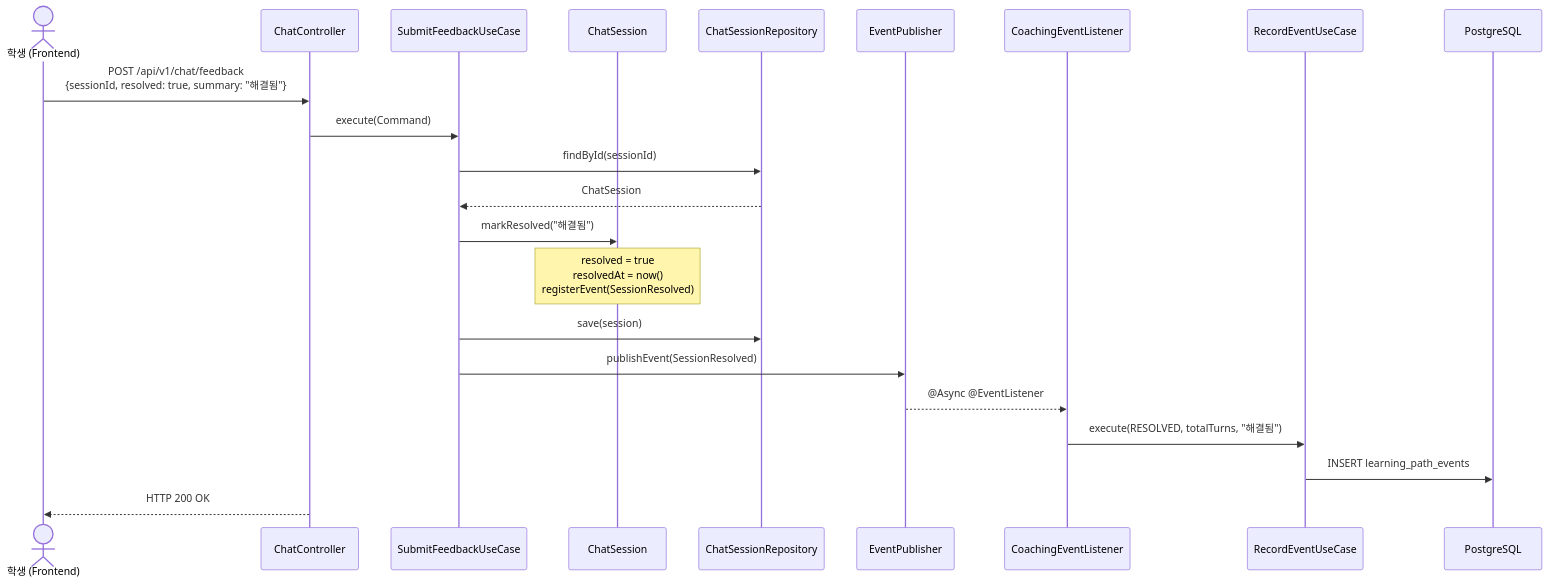
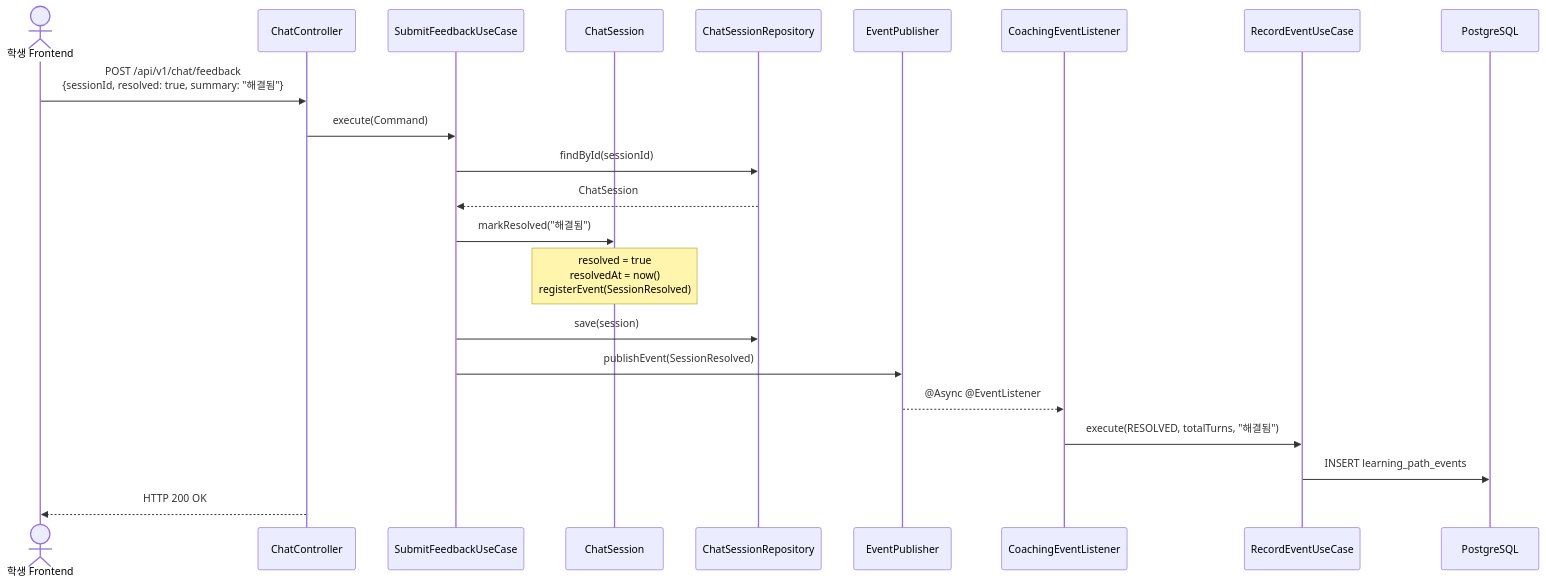
The fourth of 8 diagrams in docs/sequence-diagrams.md (kimuragen23/nadoCEO_BE), drawn with Mermaid before and after one commit. The commit also changed other lines of this file, not shown here.

First line of the commit message:
fix: Mermaid 시퀀스 다이어그램 렌더링 오류 수정

````diff
--- a/docs/sequence-diagrams.md
+++ b/docs/sequence-diagrams.md
@@ -159,30 +159,30 @@
 ```mermaid
 sequenceDiagram
-    actor Student as 학생 (Frontend)
+    actor Student as 학생 Frontend
     participant Controller as ChatController
     participant UseCase as SubmitFeedbackUseCase
     participant Session as ChatSession
     participant Repo as ChatSessionRepository
     participant Publisher as EventPublisher
     participant Listener as CoachingEventListener
     participant Record as RecordEventUseCase
     participant DB as PostgreSQL
 
     Student->>Controller: POST /api/v1/chat/feedback<br/>{sessionId, resolved: true, summary: "해결됨"}
     Controller->>UseCase: execute(Command)
 
     UseCase->>Repo: findById(sessionId)
     Repo-->>UseCase: ChatSession
 
     UseCase->>Session: markResolved("해결됨")
     Note over Session: resolved = true<br/>resolvedAt = now()<br/>registerEvent(SessionResolved)
 
     UseCase->>Repo: save(session)
     UseCase->>Publisher: publishEvent(SessionResolved)
 
     Publisher-->>Listener: @Async @EventListener
     Listener->>Record: execute(RESOLVED, totalTurns, "해결됨")
     Record->>DB: INSERT learning_path_events
 
     Controller-->>Student: HTTP 200 OK
 ```
````
